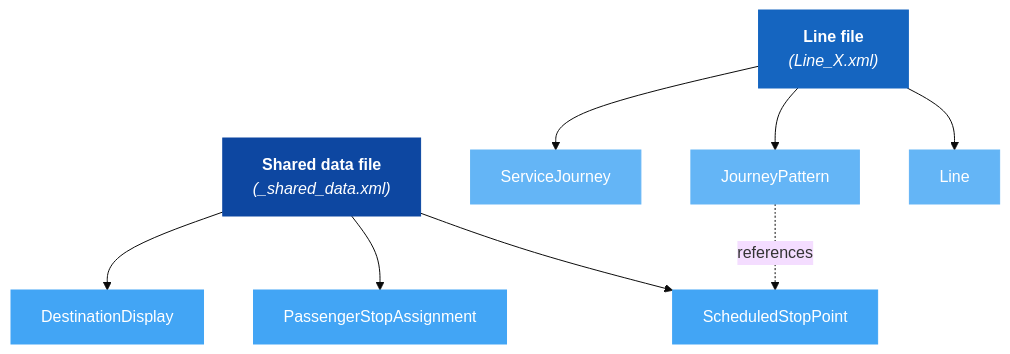
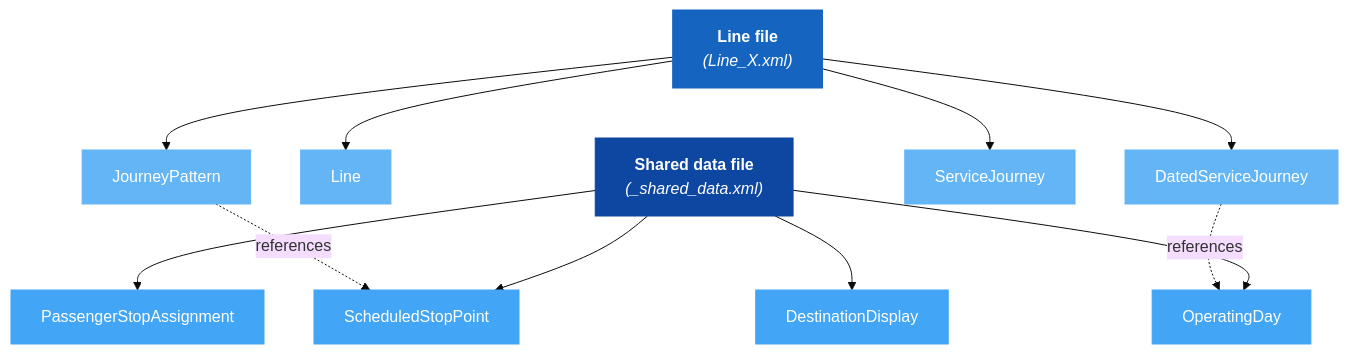
Before and after one commit to hfjelstad/NeTEx-Nordic: the fifth of 5 diagrams in Guides/HowToBuildATimetable/HowToBuildATimetable_Guide.md, drawn with Mermaid (base theme). The commit also changed other lines of this file, not shown here.

Commit message:
Update diagrams and tables to include DatedServiceJourney and OperatingDay throughout

````diff
--- a/Guides/HowToBuildATimetable/HowToBuildATimetable_Guide.md
+++ b/Guides/HowToBuildATimetable/HowToBuildATimetable_Guide.md
@@ -316,24 +328,29 @@
 ```mermaid
 flowchart TD
     SHARED["<b>Shared data file</b><br/><i>(_shared_data.xml)</i>"]
     LINE["<b>Line file</b><br/><i>(Line_X.xml)</i>"]
 
     SHARED --> SSP["ScheduledStopPoint"]
     SHARED --> PSA["PassengerStopAssignment"]
     SHARED --> DD["DestinationDisplay"]
+    SHARED --> OD["OperatingDay"]
 
     LINE --> LN["Line"]
     LINE --> JP["JourneyPattern"]
     LINE --> SJ["ServiceJourney"]
+    LINE --> DSJ["DatedServiceJourney"]
 
     JP -.->|"references"| SSP
+    DSJ -.->|"references"| OD
 
     style SHARED fill:#0D47A1,stroke:#0D47A1,color:#fff
     style LINE fill:#1565C0,stroke:#1565C0,color:#fff
     style SSP fill:#42A5F5,stroke:#42A5F5,color:#fff
     style PSA fill:#42A5F5,stroke:#42A5F5,color:#fff
     style DD fill:#42A5F5,stroke:#42A5F5,color:#fff
+    style OD fill:#42A5F5,stroke:#42A5F5,color:#fff
     style LN fill:#64B5F6,stroke:#64B5F6,color:#fff
     style JP fill:#64B5F6,stroke:#64B5F6,color:#fff
     style SJ fill:#64B5F6,stroke:#64B5F6,color:#fff
+    style DSJ fill:#64B5F6,stroke:#64B5F6,color:#fff
 ```
````
